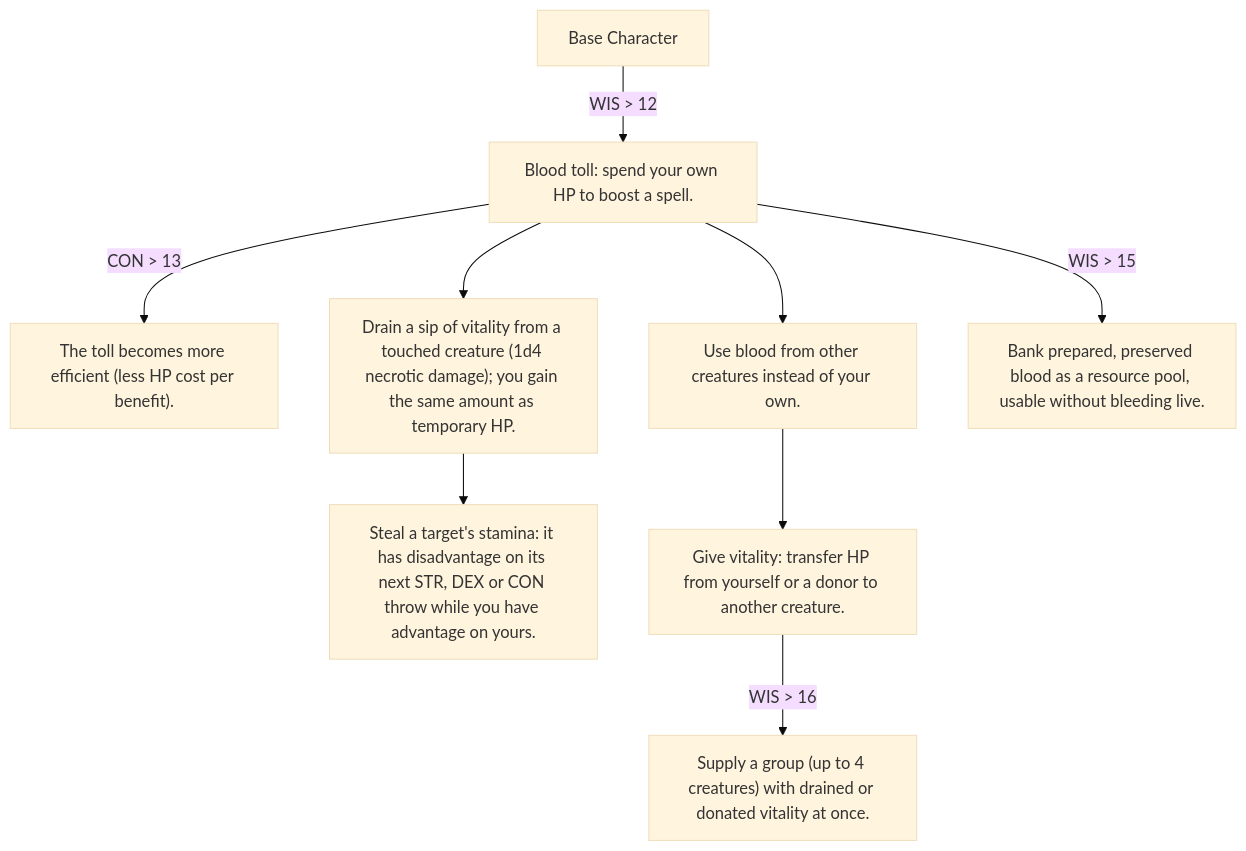
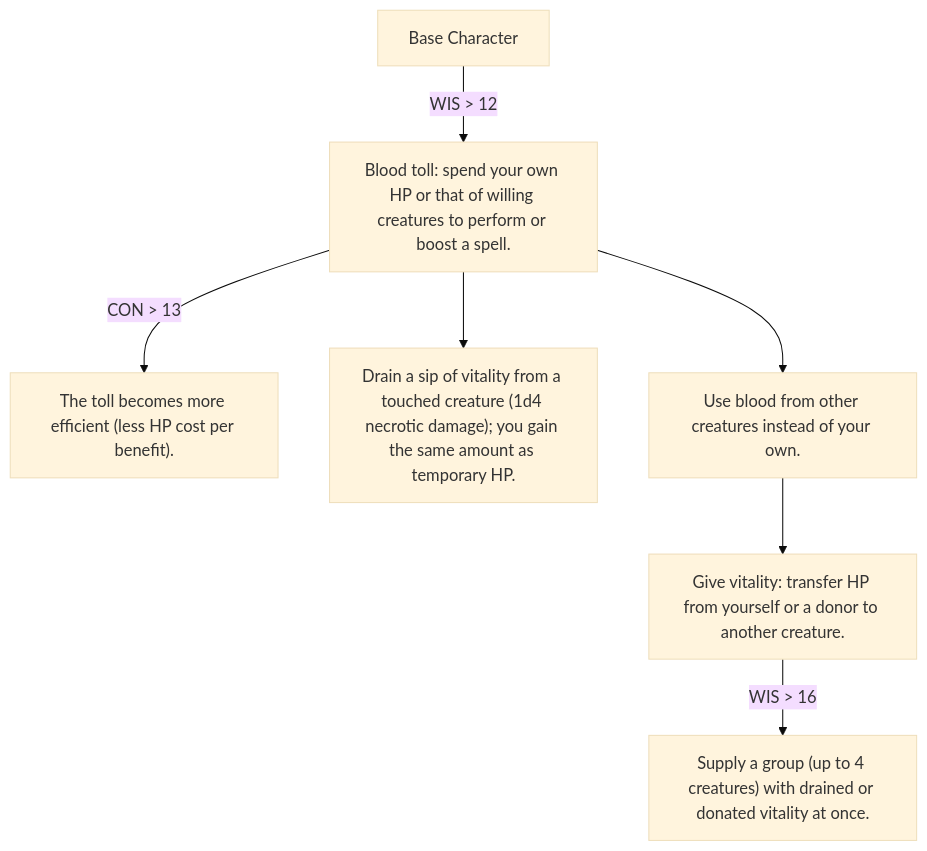
Diagram 28 of 37 in Homebrew/Classes and Races/Classes/Class-Handbook.md (WiIdNeo/DnD-RealismHomeBrew), drawn with Mermaid (base theme) before and after one commit. The commit also changed other lines of this file and 9 other files, not shown here.

````diff
--- a/Homebrew/Classes and Races/Classes/Class-Handbook.md
+++ b/Homebrew/Classes and Races/Classes/Class-Handbook.md
@@ -911,21 +907,18 @@
 ```mermaid
 flowchart TD
 
 A[Base Character]
 
-1["Blood toll: spend your own HP to boost a spell."]
+1["Blood toll: spend your own HP or that of willing creatures to perform or boost a spell."]
 2["The toll becomes more efficient (less HP cost per benefit)."]
 3["Drain a sip of vitality from a touched creature (1d4 necrotic damage); you gain the same amount as temporary HP."]
 4["Use blood from other creatures instead of your own."]
-5["Steal a target's stamina: it has disadvantage on its next STR, DEX or CON throw while you have advantage on yours."]
 6["Give vitality: transfer HP from yourself or a donor to another creature."]
 7["Supply a group (up to 4 creatures) with drained or donated vitality at once."]
-8["Bank prepared, preserved blood as a resource pool, usable without bleeding live."]
 
 A --> |WIS > 12|1
 1 --> |CON > 13|2
-1 --> 3 --> 5
+1 --> 3 
 1 --> 4 --> 6 --> |WIS > 16|7
-1 --> |WIS > 15|8
 
 ```
````
